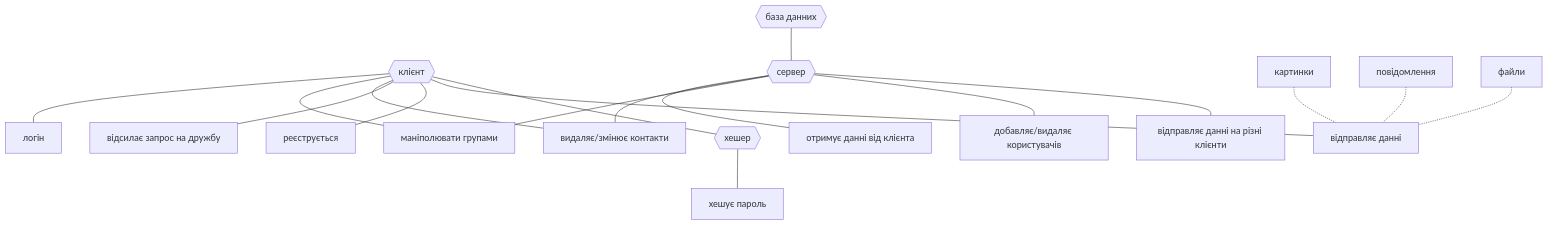
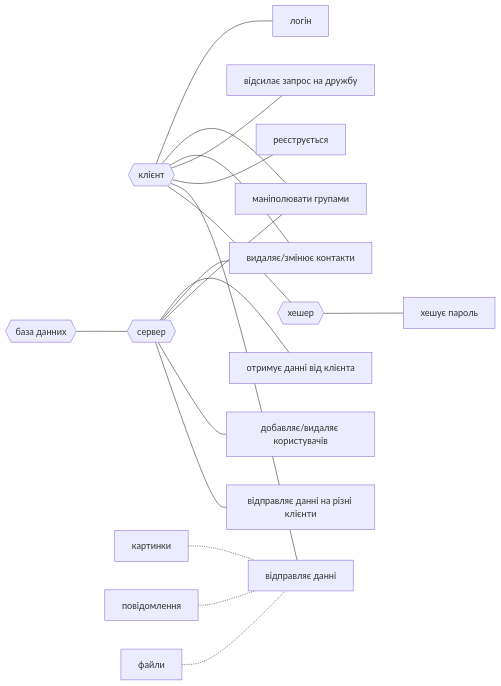
One commit to flurium/babble changed the diagram in docs/use-case.md. Above: the diagram before and after it, drawn with Mermaid.

````diff
--- a/docs/use-case.md
+++ b/docs/use-case.md
@@ -1,35 +1,35 @@
 ```mermaid
-flowchart TD
+flowchart LR
   client{{клієнт}}
   hasher{{хешер}}
   server{{сервер}}
   bd{{база данних}}
 
 
   rcc[видаляє/змінює контакти]
   csd[відправляє данні]
   mg[маніполювати групами]
 
   картинки-.-csd
   повідомлення-.-csd
   файли-.-csd
 
   hasher---hp[хешує пароль]
   client---hasher
 
   client---csd
   client---c1[реєструється]
   client---c2[відсилає запрос на дружбу]
   client---rcc
   client---mg
   client---c4[логін]
  
   server---s2[відправляє данні на різні клієнти]
   server---sau[добавляє/видаляє користувачів]
   server---mg
   server---rcc
   server---s1[отримує данні від клієнта]
 
   bd---server
 
 ```
````
